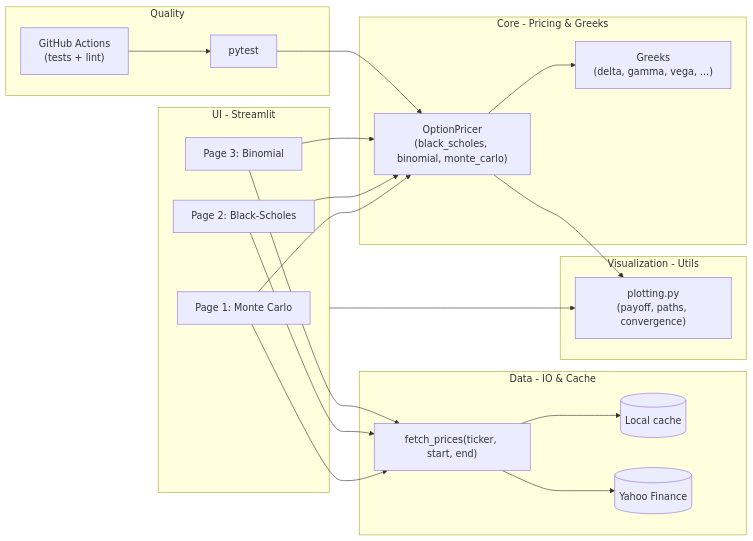
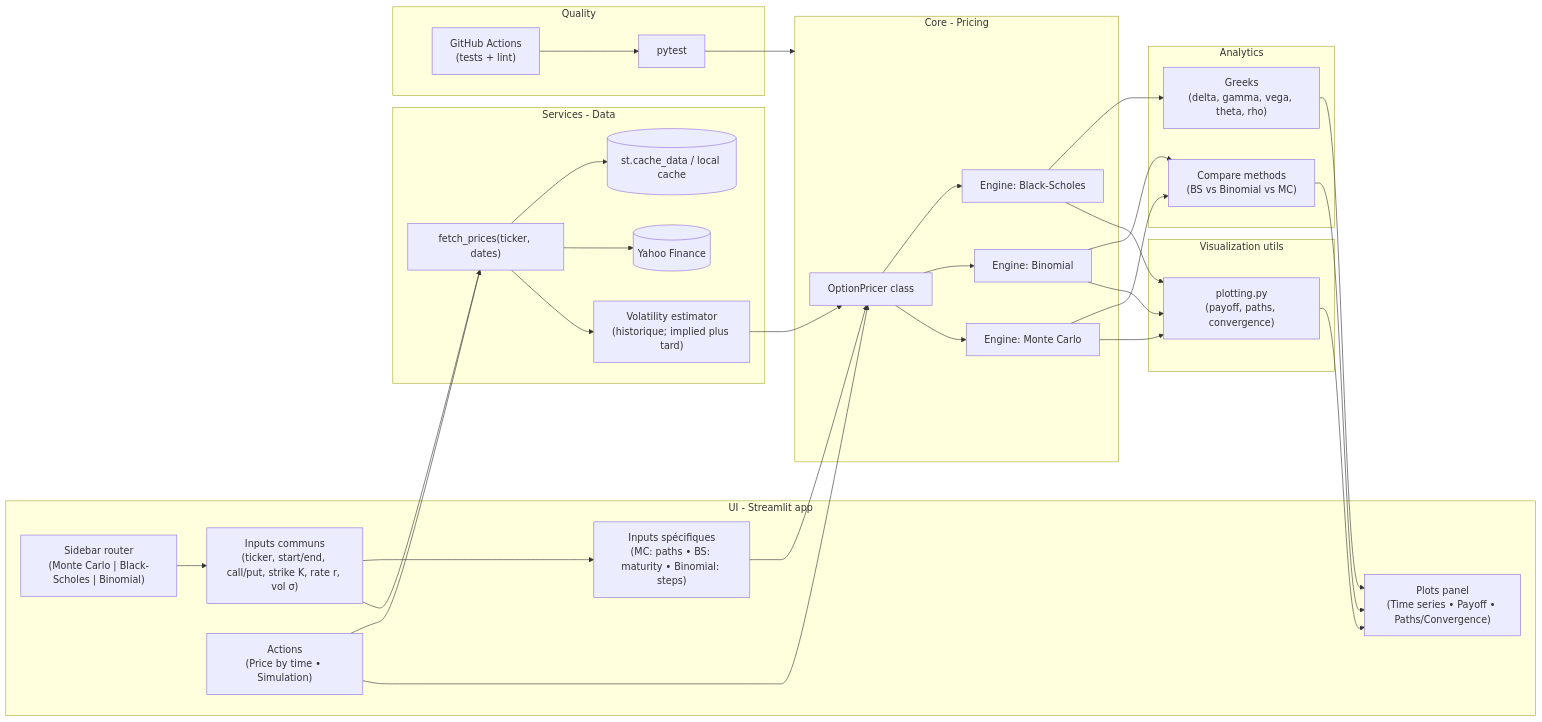
Before and after one commit to Karam-Benameur/stream_options: the diagram in roadmap/README.md, drawn with Mermaid.

````diff
--- a/roadmap/README.md
+++ b/roadmap/README.md
@@ -40,43 +40,75 @@
 ``` mermaid
 flowchart LR
-  subgraph UI ["UI - Streamlit"]
-    P1["Page 1: Monte Carlo"]
-    P2["Page 2: Black-Scholes"]
-    P3["Page 3: Binomial"]
+  %% UI
+  subgraph UI ["UI - Streamlit app"]
+    NAV["Sidebar router\n(Monte Carlo | Black-Scholes | Binomial)"]
+    IN_COMMON["Inputs communs\n(ticker, start/end, call/put, strike K, rate r, vol σ)"]
+    IN_SPEC["Inputs spécifiques\n(MC: paths • BS: maturity • Binomial: steps)"]
+    ACTIONS["Actions\n(Price by time • Simulation)"]
+    PLOTS["Plots panel\n(Time series • Payoff • Paths/Convergence)"]
   end
 
-  subgraph CORE ["Core - Pricing & Greeks"]
-    PR["OptionPricer\n(black_scholes, binomial, monte_carlo)"]
-    GR["Greeks\n(delta, gamma, vega, ...)"]
-  end
-
-  subgraph DATA ["Data - IO & Cache"]
-    IO["fetch_prices(ticker, start, end)"]
-    C[("Local cache")]
+  %% Data services
+  subgraph DATA ["Services - Data"]
+    FETCH["fetch_prices(ticker, dates)"]
+    VOL["Volatility estimator\n(historique; implied plus tard)"]
+    CACHE[("st.cache_data / local cache")]
     API[("Yahoo Finance")]
   end
 
-  subgraph VIZ ["Visualization - Utils"]
-    PL["plotting.py\n(payoff, paths, convergence)"]
+  %% Core pricing
+  subgraph CORE ["Core - Pricing"]
+    PRICER["OptionPricer class"]
+    BS["Engine: Black-Scholes"]
+    BINOM["Engine: Binomial"]
+    MC["Engine: Monte Carlo"]
+  end
+
+  %% Analytics & viz
+  subgraph ANALYTICS ["Analytics"]
+    GREEKS["Greeks\n(delta, gamma, vega, theta, rho)"]
+    COMP["Compare methods\n(BS vs Binomial vs MC)"]
+  end
+
+  subgraph VIZ ["Visualization utils"]
+    PLOTUTILS["plotting.py\n(payoff, paths, convergence)"]
   end
 
   subgraph QA ["Quality"]
-    T["pytest"]
+    TESTS["pytest"]
     CI["GitHub Actions\n(tests + lint)"]
   end
 
-  P1 --> PR
-  P2 --> PR
-  P3 --> PR
-  P1 --> IO
-  P2 --> IO
-  P3 --> IO
-  PR --> GR
-  PR --> PL
-  IO --> C
-  IO --> API
-  UI --> PL
-  T --> PR
-  CI --> T
+  %% Flows
+  NAV --> IN_COMMON
+  IN_COMMON --> IN_SPEC
+  IN_COMMON --> FETCH
+  IN_SPEC --> PRICER
+  ACTIONS --> FETCH
+  ACTIONS --> PRICER
+
+  FETCH --> CACHE
+  FETCH --> API
+  FETCH --> VOL
+  VOL --> PRICER
+
+  PRICER --> BS
+  PRICER --> BINOM
+  PRICER --> MC
+
+  BS --> GREEKS
+  BINOM --> COMP
+  MC --> COMP
+
+  BS --> PLOTUTILS
+  BINOM --> PLOTUTILS
+  MC --> PLOTUTILS
+  PLOTUTILS --> PLOTS
+  GREEKS --> PLOTS
+  COMP --> PLOTS
+
+  TESTS --> CORE
+  CI --> TESTS
+
 
 ```
````
